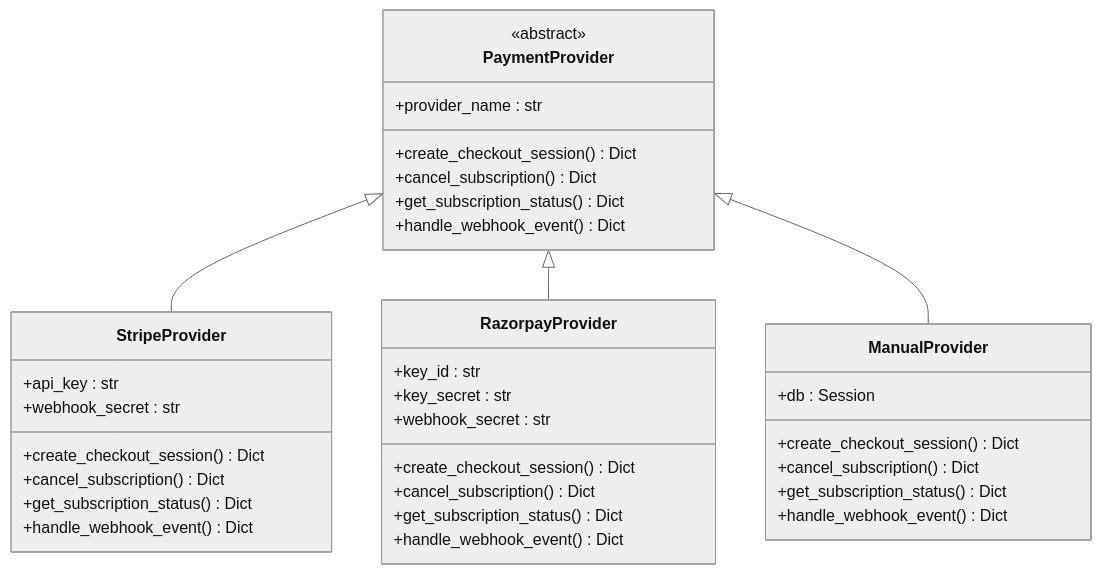
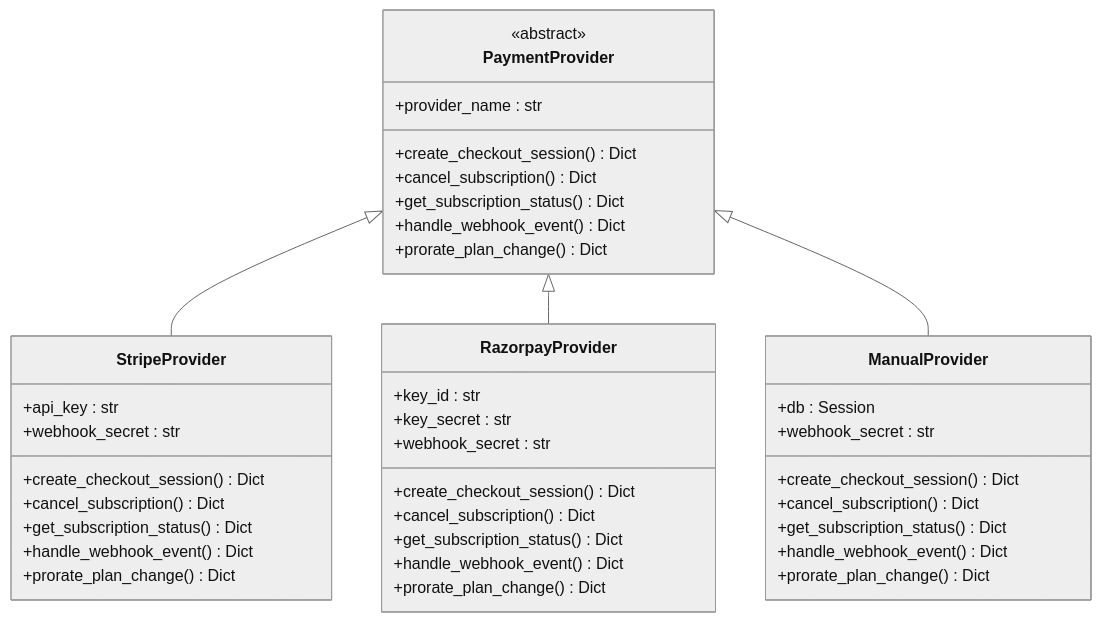
The third of 6 diagrams in .qoder/repowiki/en/content/API Reference/Subscription & Billing.md (Revanththetalogics/aireume), drawn with Mermaid (neutral theme) before and after one commit. The commit also changed other lines of this file and 14 other files, not shown here.

````diff
--- a/.qoder/repowiki/en/content/API Reference/Subscription & Billing.md
+++ b/.qoder/repowiki/en/content/API Reference/Subscription & Billing.md
@@ -228,38 +312,43 @@
 ```mermaid
 classDiagram
 class PaymentProvider {
 <<abstract>>
 +create_checkout_session() Dict
 +cancel_subscription() Dict
 +get_subscription_status() Dict
 +handle_webhook_event() Dict
++prorate_plan_change() Dict
 +provider_name : str
 }
 class StripeProvider {
 +api_key : str
 +webhook_secret : str
 +create_checkout_session() Dict
 +cancel_subscription() Dict
 +get_subscription_status() Dict
 +handle_webhook_event() Dict
++prorate_plan_change() Dict
 }
 class RazorpayProvider {
 +key_id : str
 +key_secret : str
 +webhook_secret : str
 +create_checkout_session() Dict
 +cancel_subscription() Dict
 +get_subscription_status() Dict
 +handle_webhook_event() Dict
++prorate_plan_change() Dict
 }
 class ManualProvider {
 +db : Session
++webhook_secret : str
 +create_checkout_session() Dict
 +cancel_subscription() Dict
 +get_subscription_status() Dict
 +handle_webhook_event() Dict
++prorate_plan_change() Dict
 }
 PaymentProvider <|-- StripeProvider
 PaymentProvider <|-- RazorpayProvider
 PaymentProvider <|-- ManualProvider
 ```
````
